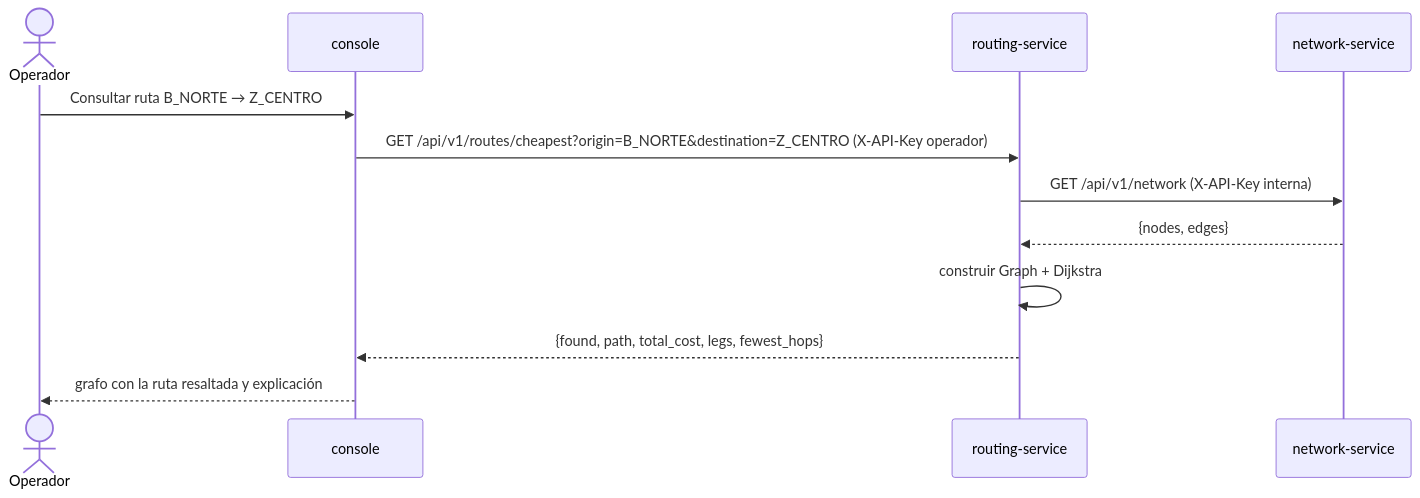
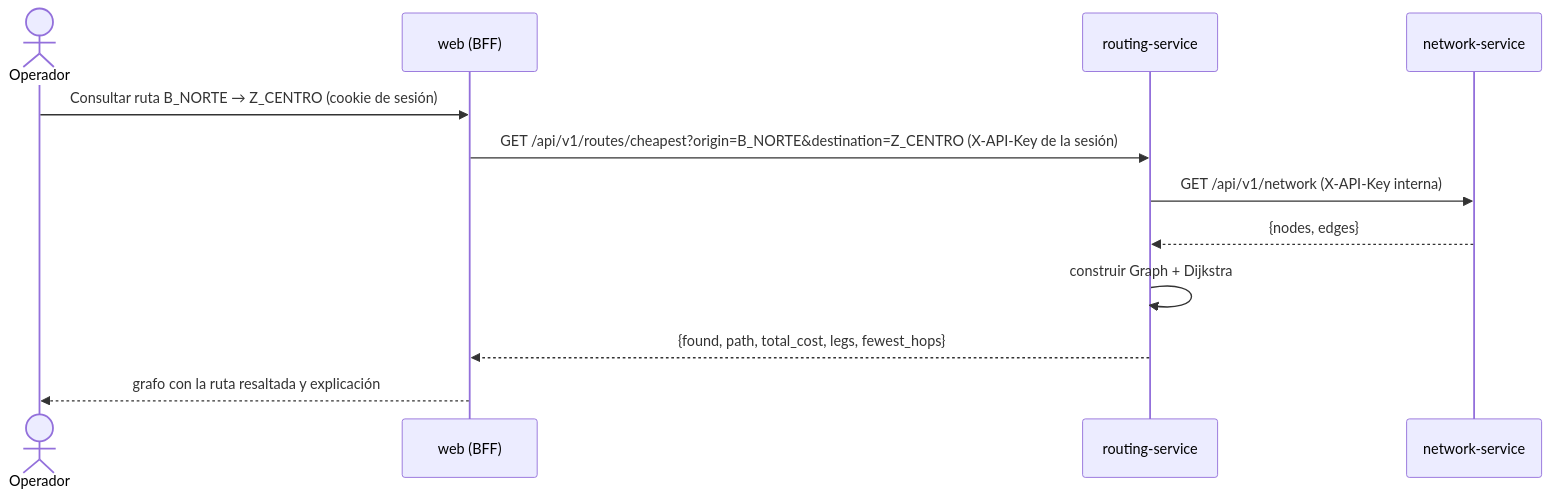
One commit to jzuluamu/trabajo_2_mi changed the second of 2 diagrams in docs/01-arquitectura.md. Above: the diagram before and after it, drawn with Mermaid. The commit also changed other lines of this file and 17 other files, not shown here.

````diff
--- a/docs/01-arquitectura.md
+++ b/docs/01-arquitectura.md
@@ -34,14 +37,14 @@
 ```mermaid
 sequenceDiagram
     actor O as Operador
-    participant C as console
+    participant C as web (BFF)
     participant R as routing-service
     participant N as network-service
-    O->>C: Consultar ruta B_NORTE → Z_CENTRO
-    C->>R: GET /api/v1/routes/cheapest?origin=B_NORTE&destination=Z_CENTRO (X-API-Key operador)
+    O->>C: Consultar ruta B_NORTE → Z_CENTRO (cookie de sesión)
+    C->>R: GET /api/v1/routes/cheapest?origin=B_NORTE&destination=Z_CENTRO (X-API-Key de la sesión)
     R->>N: GET /api/v1/network (X-API-Key interna)
     N-->>R: {nodes, edges}
     R->>R: construir Graph + Dijkstra
     R-->>C: {found, path, total_cost, legs, fewest_hops}
     C-->>O: grafo con la ruta resaltada y explicación
 ```
````
